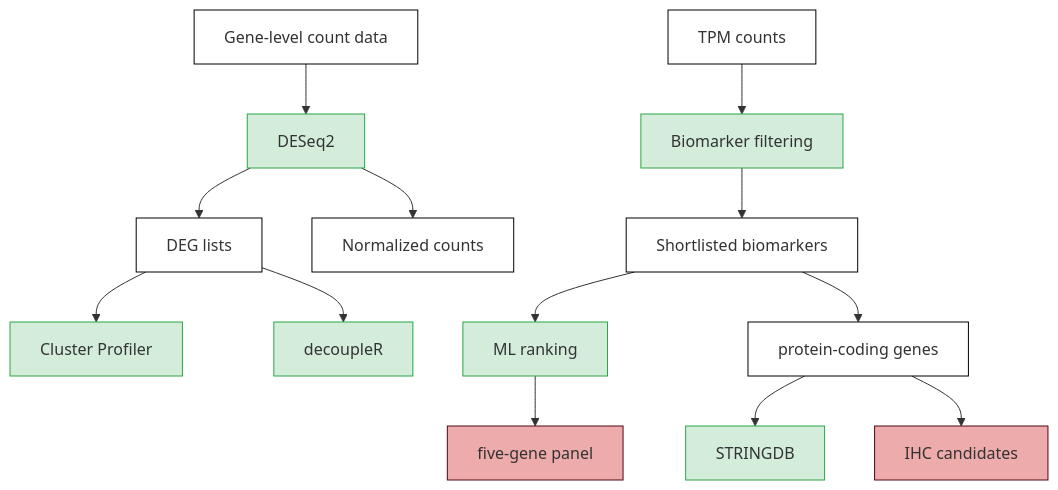
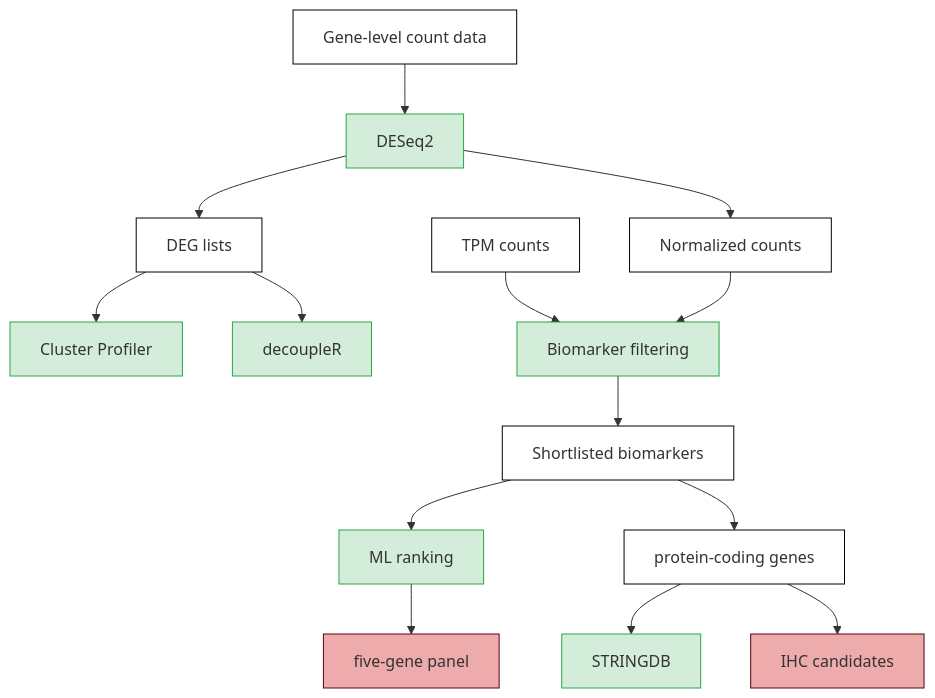
One commit to tudumanne/BulkRNAseq_Barretts changed the diagram in R/README.md. Above: the diagram before and after it, drawn with Mermaid.

Commit message:
Updated R description

````diff
--- a/R/README.md
+++ b/R/README.md
@@ -37,20 +37,21 @@
 ``` mermaid
 graph TD; 
     classDef method fill:#d4edda,stroke:#28a745;
     classDef input fill:#ffffff,stroke:#000000;
     classDef output1 fill:#ffffff,stroke:#000000;
     classDef output2 fill:#edabab,stroke:#520612;
     
     A[Gene-level count data]:::input-->B[DESeq2]:::method;
     B-->C[DEG lists]:::output1;
     B-->D[Normalized counts]:::output1;
     C-->E[Cluster Profiler]:::method;
     C-->F[decoupleR]:::method;
     G[TPM counts]:::input-->H[Biomarker filtering]:::method;
+    D-->H;
     H-->J[Shortlisted biomarkers]:::output1;
     J-->K[ML ranking]:::method;
     J-->L[protein-coding genes]:::output1;
     L-->M[STRINGDB]:::method;
     K-->O[five-gene panel]:::output2;
     L-->P[IHC candidates]:::output2;
 ```
````
